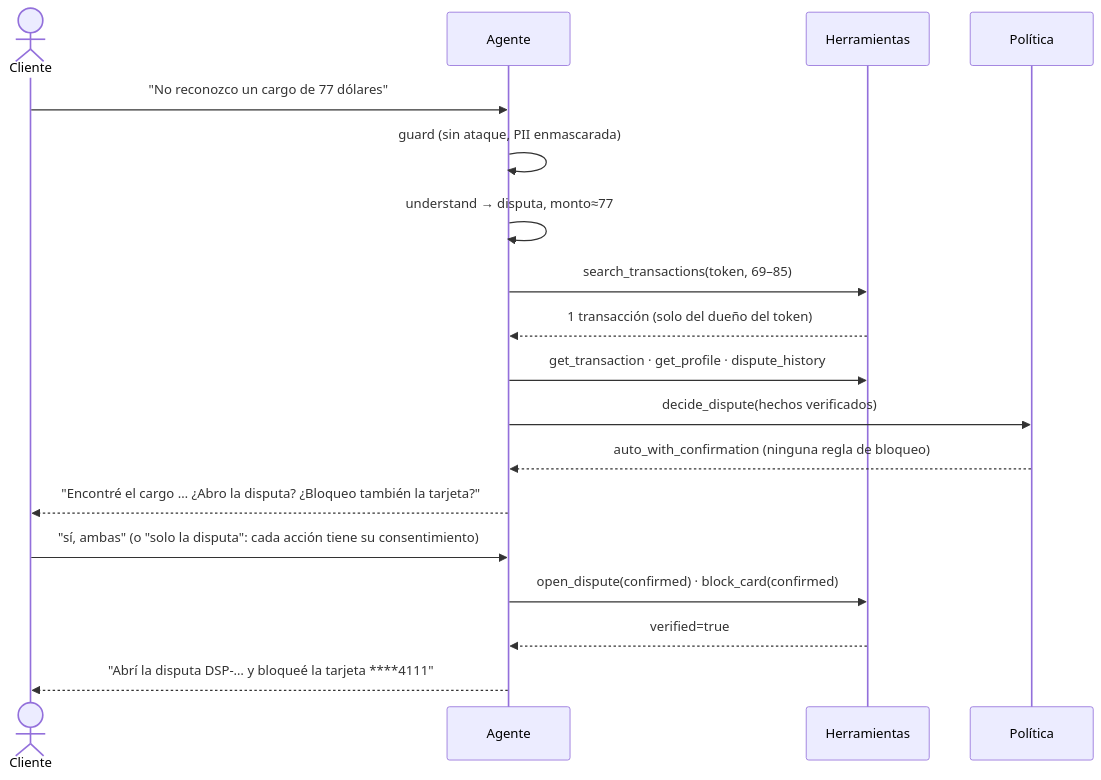
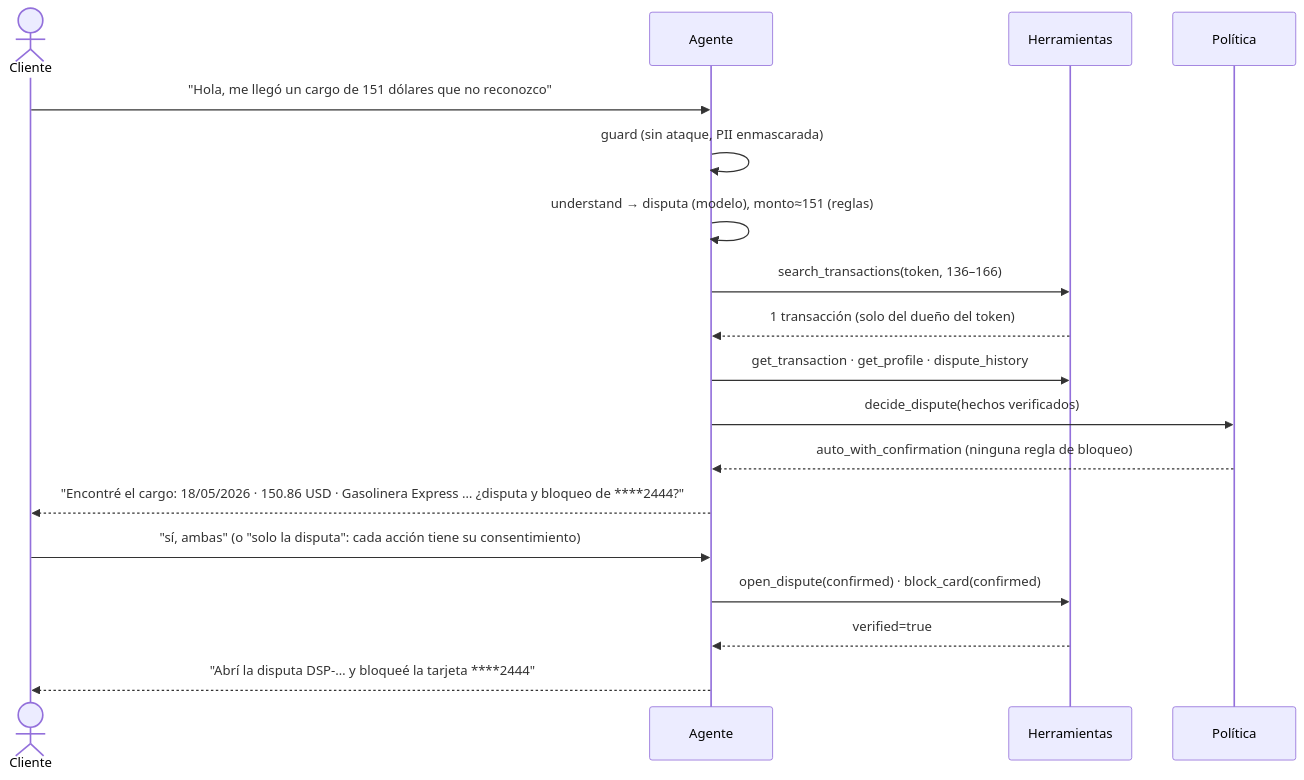
The third of 7 diagrams in docs/architecture.md (Mr-Percival/factored-hackathon-2026-disputas), drawn with Mermaid before and after one commit. The commit also changed other lines of this file and 27 other files, not shown here.

````diff
--- a/docs/architecture.md
+++ b/docs/architecture.md
@@ -115,20 +127,20 @@
 ```mermaid
 sequenceDiagram
     actor C as Cliente
     participant A as Agente
     participant T as Herramientas
     participant P as Política
-    C->>A: "No reconozco un cargo de 77 dólares"
+    C->>A: "Hola, me llegó un cargo de 151 dólares que no reconozco"
     A->>A: guard (sin ataque, PII enmascarada)
-    A->>A: understand → disputa, monto≈77
-    A->>T: search_transactions(token, 69–85)
+    A->>A: understand → disputa (modelo), monto≈151 (reglas)
+    A->>T: search_transactions(token, 136–166)
     T-->>A: 1 transacción (solo del dueño del token)
     A->>T: get_transaction · get_profile · dispute_history
     A->>P: decide_dispute(hechos verificados)
     P-->>A: auto_with_confirmation (ninguna regla de bloqueo)
-    A-->>C: "Encontré el cargo … ¿Abro la disputa? ¿Bloqueo también la tarjeta?"
+    A-->>C: "Encontré el cargo: 18/05/2026 · 150.86 USD · Gasolinera Express … ¿disputa y bloqueo de ****2444?"
     C->>A: "sí, ambas" (o "solo la disputa": cada acción tiene su consentimiento)
     A->>T: open_dispute(confirmed) · block_card(confirmed)
     T-->>A: verified=true
-    A-->>C: "Abrí la disputa DSP-… y bloqueé la tarjeta ****4111"
+    A-->>C: "Abrí la disputa DSP-… y bloqueé la tarjeta ****2444"
 ```
````
